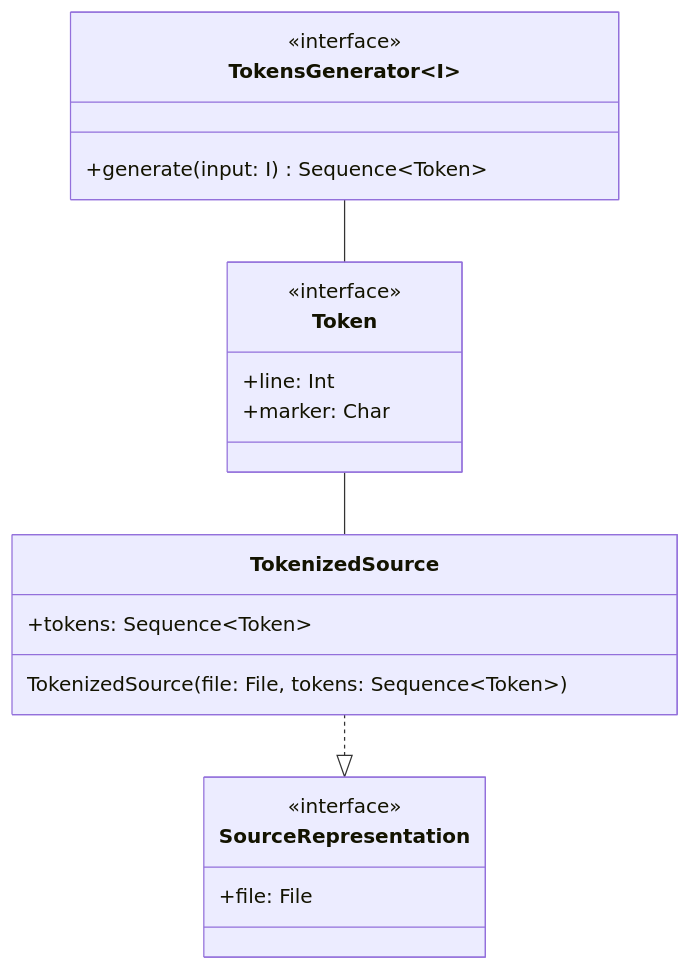
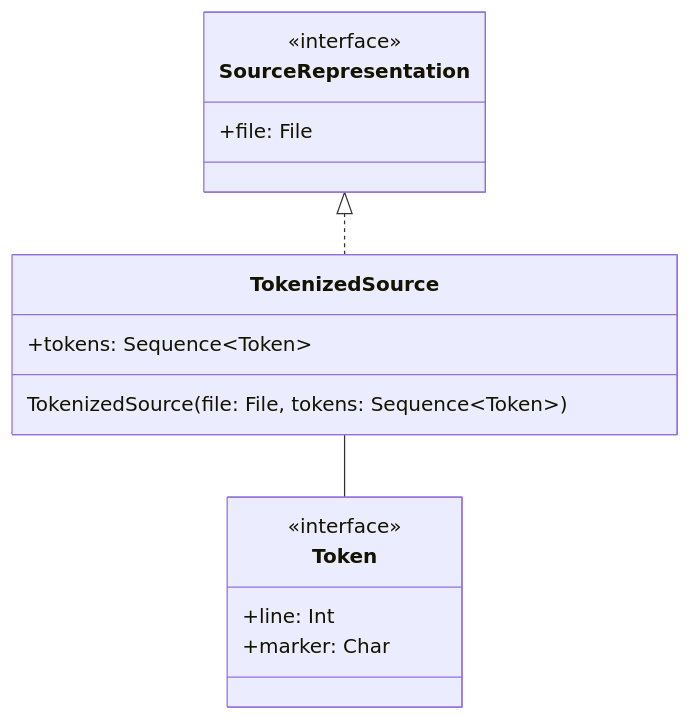
One commit to tassiLuca/code-plagiarism-detector-doc changed the ninth of 11 diagrams in doc.md. Above: the diagram before and after it, drawn with Mermaid. The commit also changed other lines of this file, not shown here.

````diff
--- a/doc.md
+++ b/doc.md
@@ -327,26 +342,20 @@
 ```mermaid
 classDiagram
+    direction BT
     class SourceRepresentation {
         <<interface>>
         +file: File
     }
     class TokenizedSource {
         +tokens: Sequence~Token~
         TokenizedSource(file: File, tokens: Sequence~Token~)
     }
     TokenizedSource ..|> SourceRepresentation
 
     class Token {
         <<interface>>
         +line: Int
         +marker: Char
     }
-
-    class TokensGenerator~I~ {
-        <<interface>>
-        +generate(input: I) Sequence~Token~
-    }
-    TokensGenerator -- Token
     Token -- TokenizedSource
-
 ```
````
